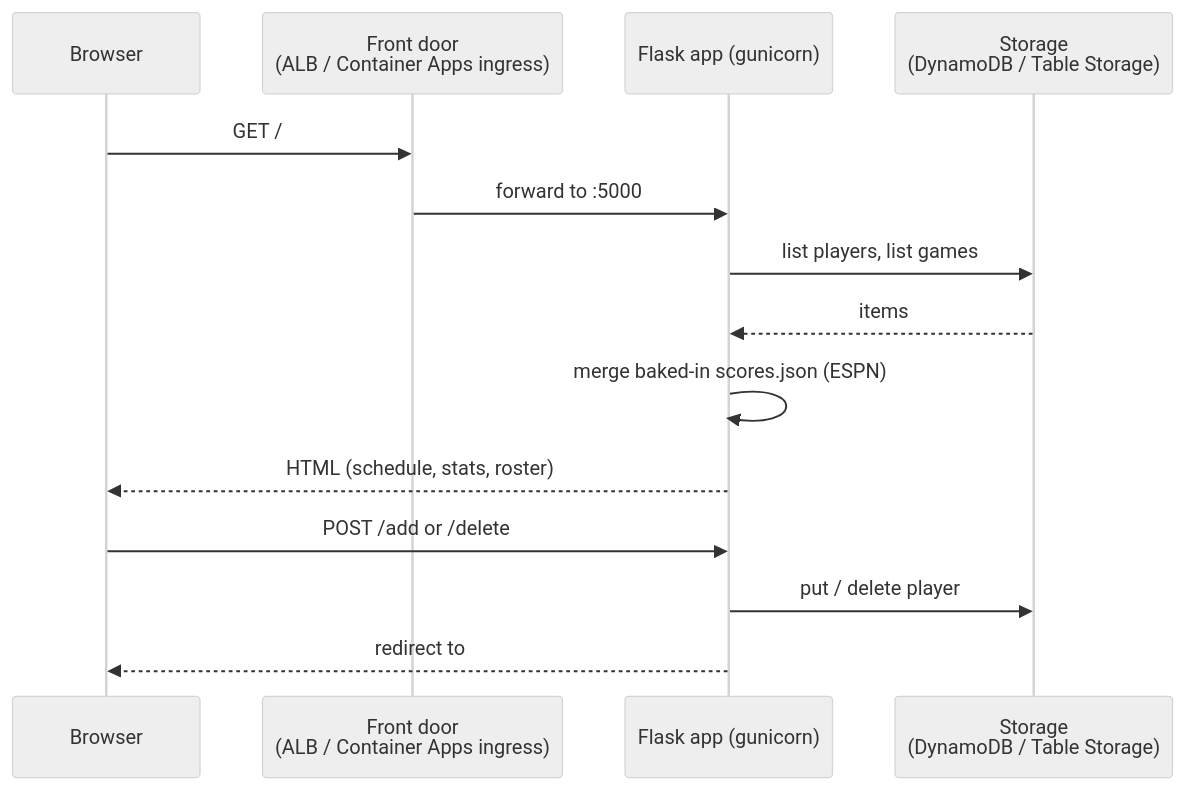
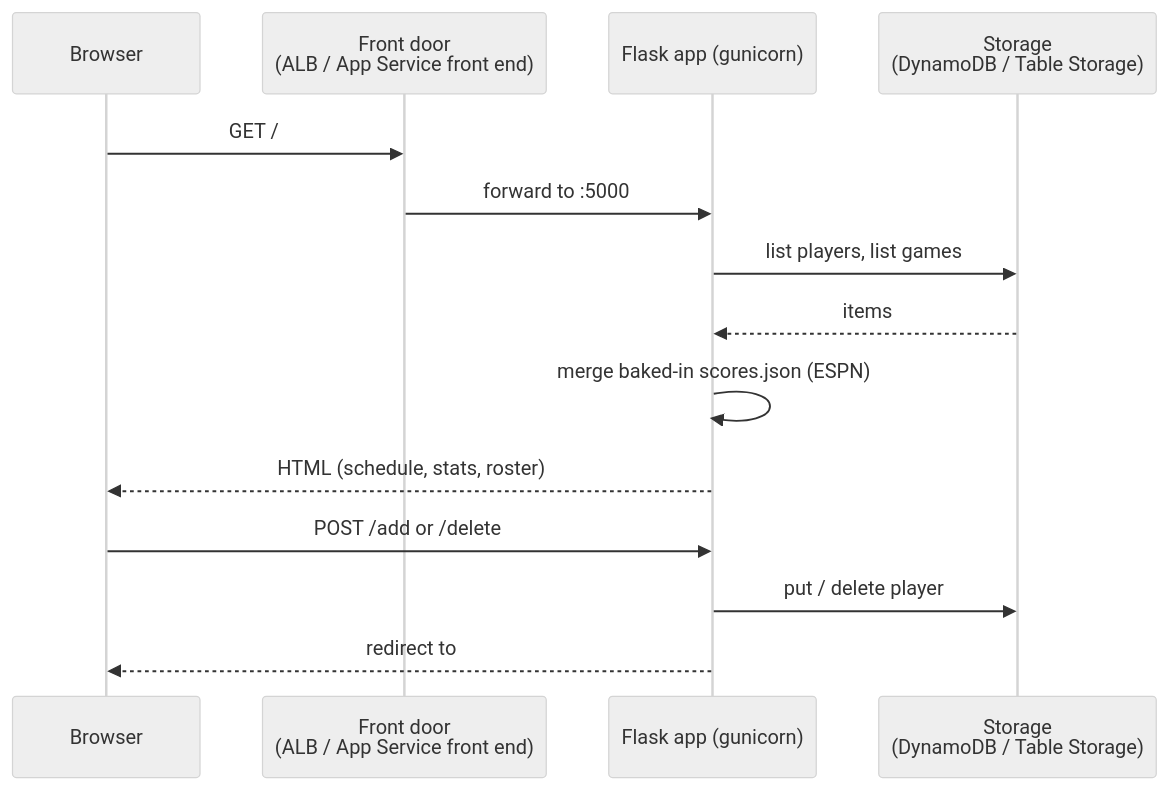
One commit to kclinden/nebraska-app changed the second of 4 diagrams in README.md. Above: the diagram before and after it, drawn with Mermaid (neutral theme). The commit also changed other lines of this file and 5 other files, not shown here.

First line of the commit message:
Azure: switch from Container Apps to App Service

````diff
--- a/README.md
+++ b/README.md
@@ -69,16 +69,16 @@
 ```mermaid
 sequenceDiagram
     participant B as Browser
-    participant F as Front door<br/>(ALB / Container Apps ingress)
+    participant F as Front door<br/>(ALB / App Service front end)
     participant A as Flask app (gunicorn)
     participant S as Storage<br/>(DynamoDB / Table Storage)
     B->>F: GET /
     F->>A: forward to :5000
     A->>S: list players, list games
     S-->>A: items
     A->>A: merge baked-in scores.json (ESPN)
     A-->>B: HTML (schedule, stats, roster)
     B->>A: POST /add or /delete
     A->>S: put / delete player
     A-->>B: redirect to #roster
 ```
````
